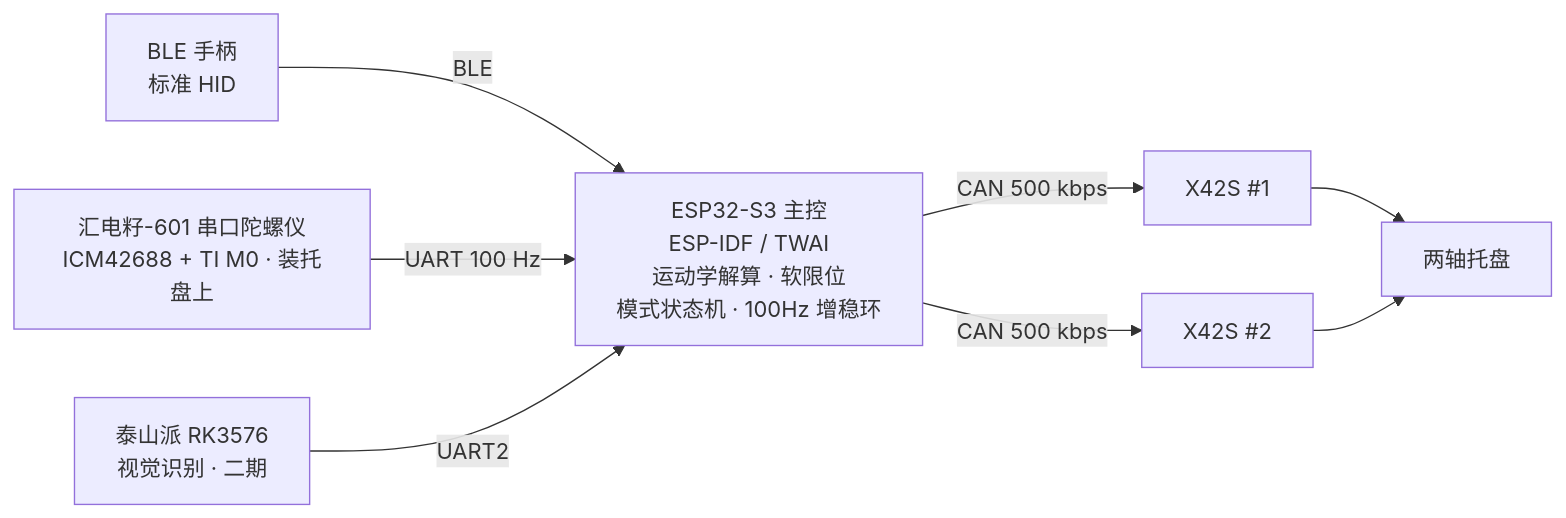
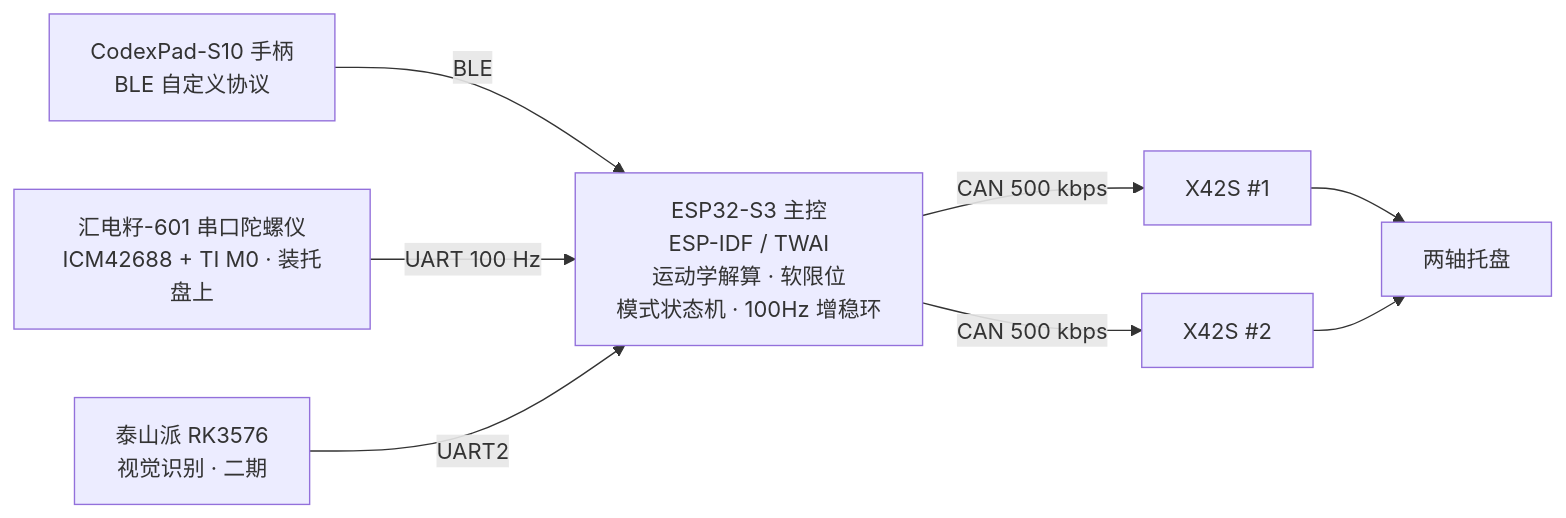
One commit to shellinea/2dof-stabilized-turret changed the diagram in README.md. Above: the diagram before and after it, drawn with Mermaid. The commit also changed other lines of this file and 3 other files, not shown here.

First line of the commit message:
fix: 手柄方案按实物修正——标准 BLE-HID 实为 CodexPad-S10 自定义协议

````diff
--- a/README.md
+++ b/README.md
@@ -54,16 +54,16 @@
 ```mermaid
 flowchart LR
     ESP["ESP32-S3 主控<br/>ESP-IDF / TWAI<br/>运动学解算 · 软限位<br/>模式状态机 · 100Hz 增稳环"]
 
-    GP["BLE 手柄<br/>标准 HID"] -->|BLE| ESP
+    GP["CodexPad-S10 手柄<br/>BLE 自定义协议"] -->|BLE| ESP
     IMU["汇电籽-601 串口陀螺仪<br/>ICM42688 + TI M0 · 装托盘上"] -->|UART 100 Hz| ESP
     RK["泰山派 RK3576<br/>视觉识别 · 二期"] -->|UART2| ESP
 
     M1["X42S #1"]
     M2["X42S #2"]
 
     ESP -->|CAN 500 kbps| M1
     ESP -->|CAN 500 kbps| M2
     M1 --> T["两轴托盘"]
     M2 --> T
 ```
````
